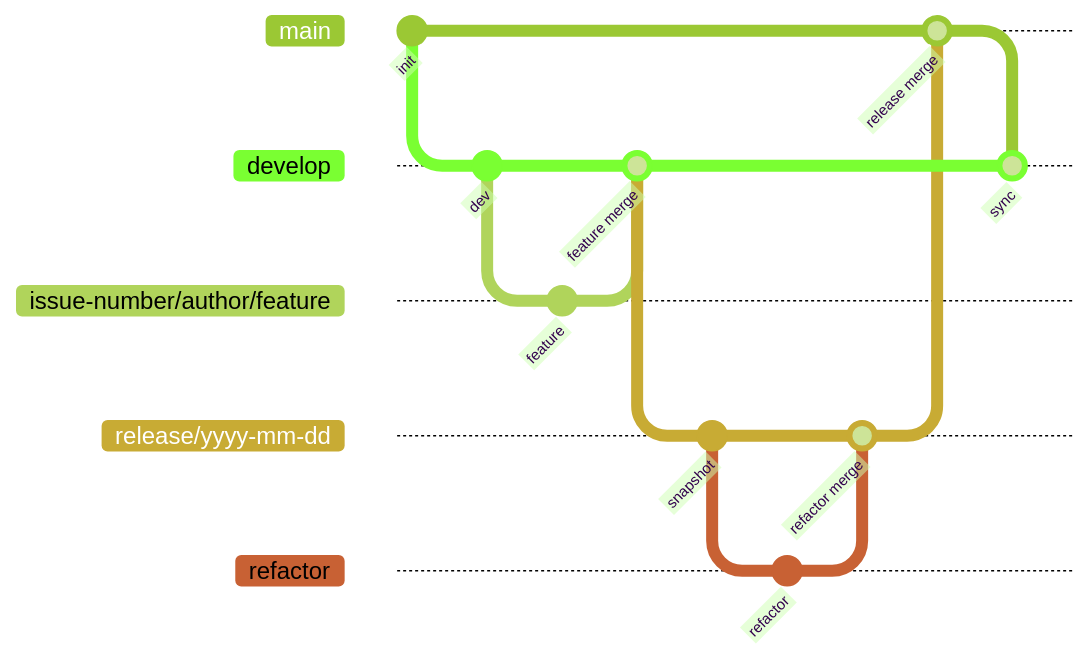
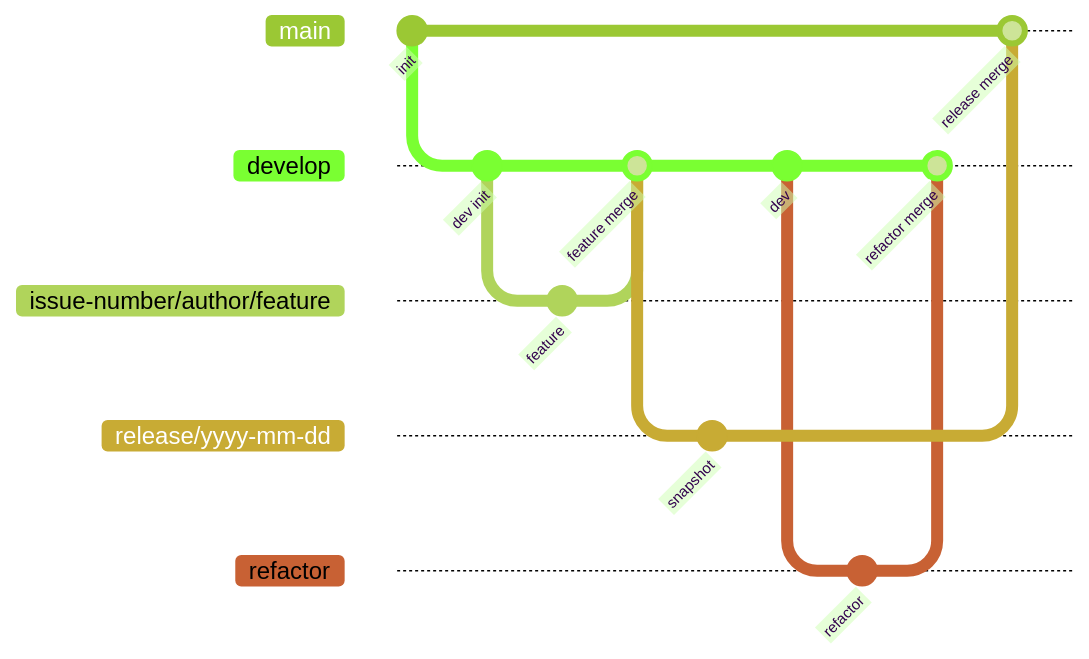
One commit to kakao-tech-campus-3rd-step3/Team2_BE changed the diagram in README.md. Above: the diagram before and after it, drawn with Mermaid (forest theme). The commit also changed other lines of this file, not shown here.

Commit message:
docs: 깃 플로우 수정

````diff
--- a/README.md
+++ b/README.md
@@ -22,22 +22,22 @@
 ```mermaid
-gitGraph
+  gitGraph
   commit id: "init"
   branch develop
   checkout develop
-  commit id: "dev"
+  commit id: "dev init"
   branch issue-number/author/feature
   commit id: "feature"
   checkout develop
   merge issue-number/author/feature id: "feature merge"
   branch release/yyyy-mm-dd
-  checkout release/yyyy-mm-dd
   commit id: "snapshot"
+  checkout develop
+  commit id: "dev"
   branch refactor
   commit id: "refactor"
-  checkout release/yyyy-mm-dd
+  checkout develop
   merge refactor id:"refactor merge"
   checkout main
   merge release/yyyy-mm-dd id:"release merge"
   checkout develop
-  merge main id: "sync"
 ```
````
